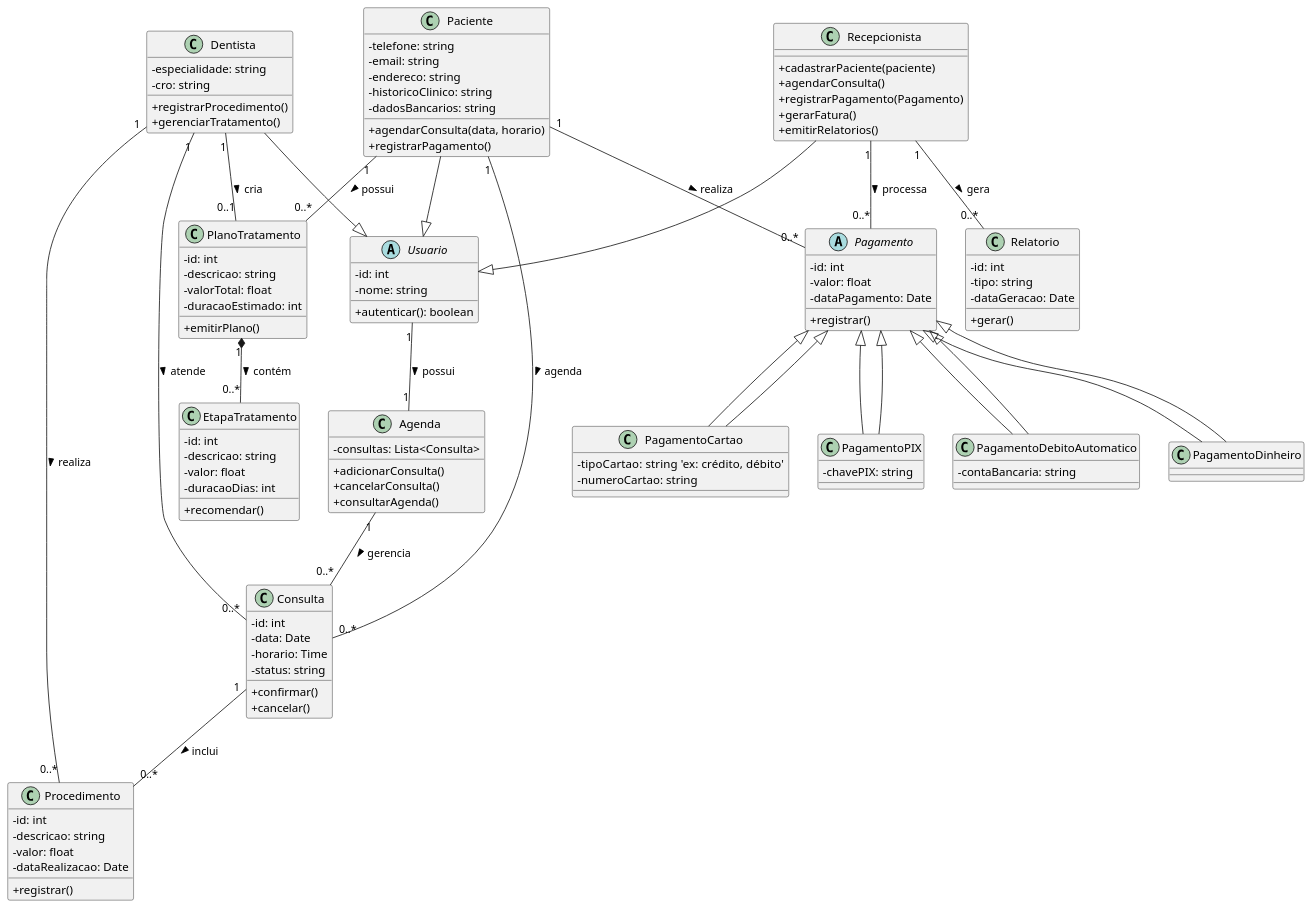
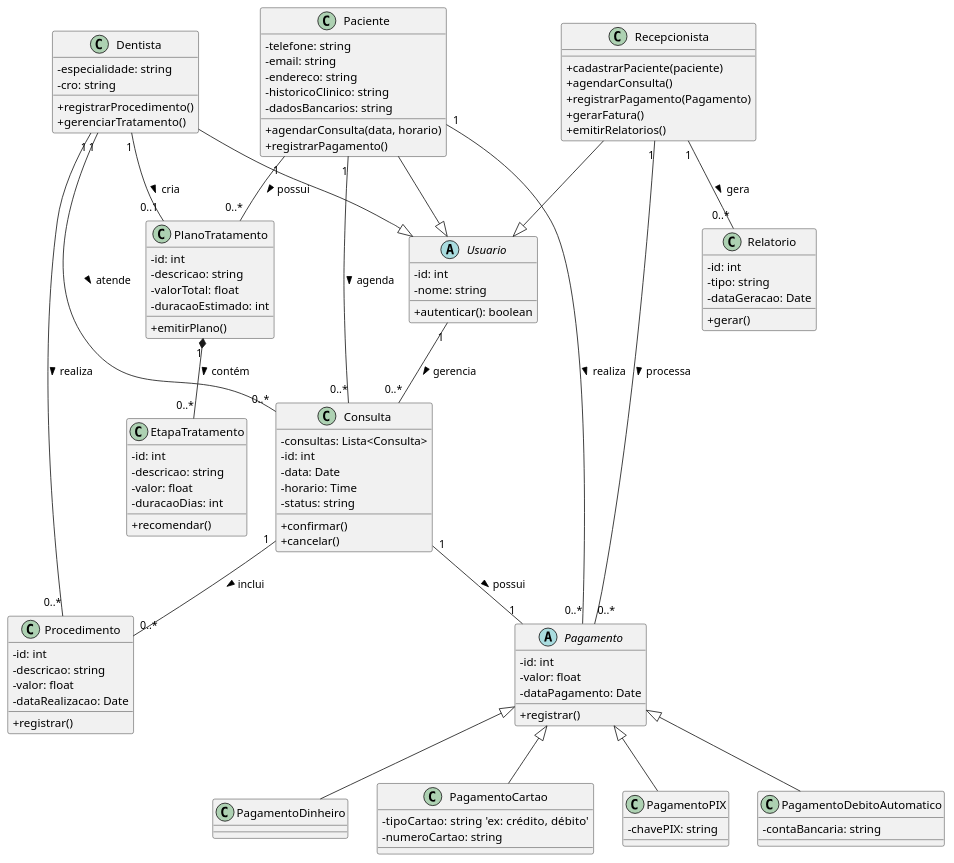
The diagram in Diagramas/Classes/diagrama_de_classes.plantuml (HugoWatzl/SIGO), drawn with PlantUML before and after one commit. The commit also changed 6 other files, not shown here.

```diff
--- a/Diagramas/Classes/diagrama_de_classes.plantuml
+++ b/Diagramas/Classes/diagrama_de_classes.plantuml
@@ -1,130 +1,119 @@
 @startuml
 skinparam classAttributeIconSize 0
 
 ' Superclasse abstrata para usuários do sistema
 abstract class Usuario {
   - id: int
   - nome: string
   + autenticar(): boolean
 }
 
 class Paciente {
   - telefone: string
   - email: string
   - endereco: string
   - historicoClinico: string
   - dadosBancarios: string
   + agendarConsulta(data, horario)
   + registrarPagamento()
 }
 
 class Dentista {
   - especialidade: string
   - cro: string
   + registrarProcedimento()
   + gerenciarTratamento()
 }
 
 class Recepcionista {
   + cadastrarPaciente(paciente)
   + agendarConsulta()
   + registrarPagamento(Pagamento)
   + gerarFatura()
   + emitirRelatorios()
 }
 
-class Agenda {
+class Consulta {
   - consultas: Lista<Consulta>
-  + adicionarConsulta()
-  + cancelarConsulta()
-  + consultarAgenda()
-}
-
-class Consulta {
   - id: int
   - data: Date
   - horario: Time
   - status: string
   + confirmar()
   + cancelar()
 }
 
 class Procedimento {
   - id: int
   - descricao: string
   - valor: float
   - dataRealizacao: Date
   + registrar()
 }
 
 abstract class Pagamento {
   - id: int
   - valor: float
   - dataPagamento: Date
   + registrar()
 }
 
 class PagamentoDinheiro extends Pagamento {
 }
 
 class PagamentoCartao extends Pagamento {
   - tipoCartao: string  'ex: crédito, débito'
   - numeroCartao: string
 }
 
 class PagamentoPIX extends Pagamento {
   - chavePIX: string
 }
 
 class PagamentoDebitoAutomatico extends Pagamento {
   - contaBancaria: string
 }
 
 class PlanoTratamento {
   - id: int
   - descricao: string
   - valorTotal: float
   - duracaoEstimado: int
   + emitirPlano()
 }
 
 class EtapaTratamento {
   - id: int
   - descricao: string
   - valor: float
   - duracaoDias: int
   + recomendar()
 }
 
 class Relatorio {
   - id: int
   - tipo: string
   - dataGeracao: Date
   + gerar()
 }
 
 ' Heranças
 Paciente --|> Usuario
 Dentista --|> Usuario
 Recepcionista --|> Usuario
 
-PagamentoDinheiro --|> Pagamento
-PagamentoCartao --|> Pagamento
-PagamentoPIX --|> Pagamento
-PagamentoDebitoAutomatico --|> Pagamento
-
 ' Relacionamentos 
-Usuario "1" -- "1" Agenda : possui >
-Agenda "1" -- "0..*" Consulta : gerencia >
+Usuario "1" --  "0..*" Consulta : gerencia >
 Paciente "1" -- "0..*" Consulta : agenda >
 Dentista "1" -- "0..*" Consulta : atende >
 Consulta "1" -- "0..*" Procedimento : inclui >
 Paciente "1" -- "0..*" Pagamento : realiza >
 Recepcionista "1" -- "0..*" Pagamento : processa >
 Dentista "1" -- "0..*" Procedimento : realiza >
 Dentista "1" -- "0..1" PlanoTratamento : cria >
 PlanoTratamento "1" *-- "0..*" EtapaTratamento : contém >
 Paciente "1" -- "0..*" PlanoTratamento : possui >
 Recepcionista "1" -- "0..*" Relatorio : gera >
+Consulta "1" -- "1" Pagamento : possui >
 
 @enduml
```
